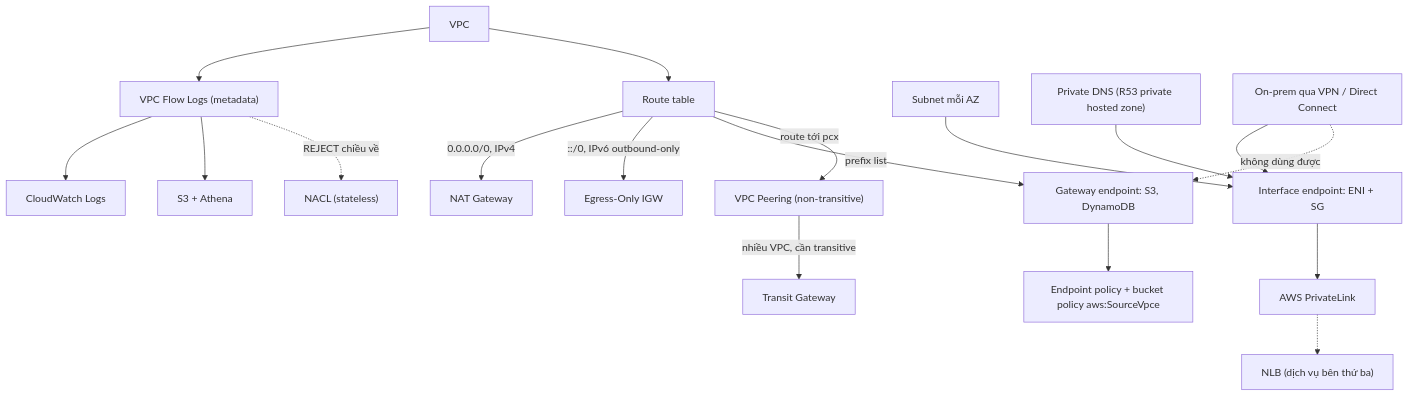
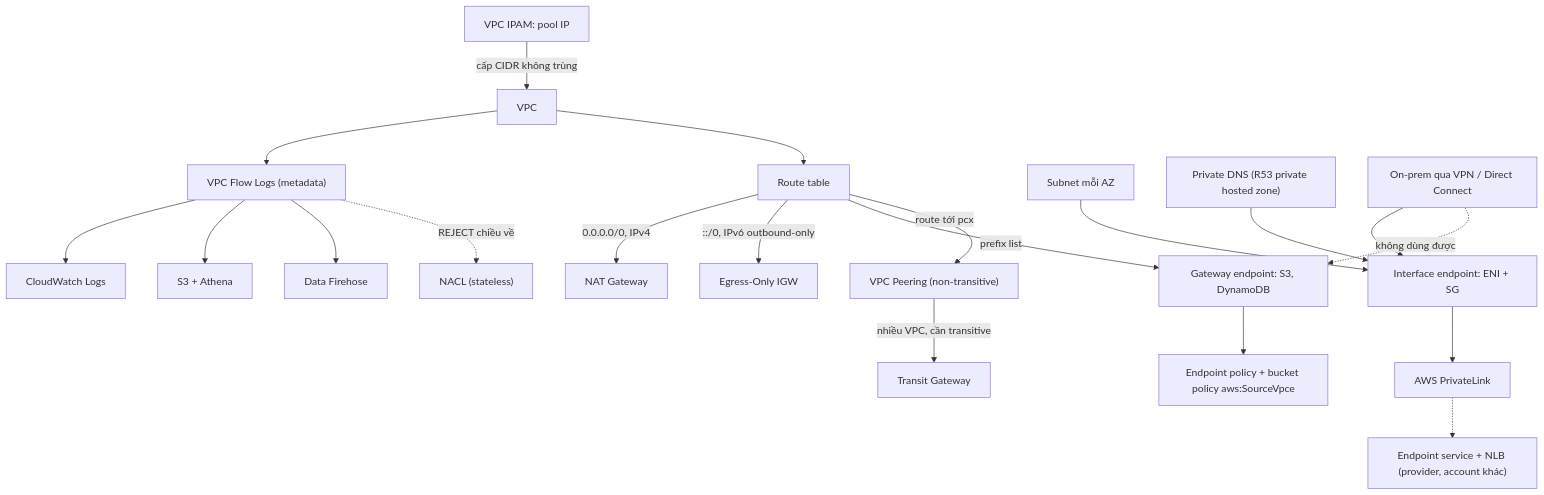
One commit to hairbui76/aws-saa-c03 changed the diagram in data/16 Advanced VPC Networking/_MOC 16 Advanced VPC Networking.md. Above: the diagram before and after it, drawn with Mermaid. The commit also changed other lines of this file and 56 other files, not shown here.

````diff
--- a/data/16 Advanced VPC Networking/_MOC 16 Advanced VPC Networking.md
+++ b/data/16 Advanced VPC Networking/_MOC 16 Advanced VPC Networking.md
@@ -20,20 +22,22 @@
 ```mermaid
 flowchart TB
   VPC["VPC"] --> FL["VPC Flow Logs (metadata)"]
   FL --> CWL["CloudWatch Logs"]
   FL --> S3A["S3 + Athena"]
+  FL --> FH["Data Firehose"]
   FL -.->|"REJECT chiều về"| NACL["NACL (stateless)"]
   VPC --> RT["Route table"]
   RT -->|"0.0.0.0/0, IPv4"| NAT["NAT Gateway"]
   RT -->|"::/0, IPv6 outbound-only"| EIGW["Egress-Only IGW"]
   RT -->|"prefix list"| GWE["Gateway endpoint: S3, DynamoDB"]
   RT -->|"route tới pcx"| PEER["VPC Peering (non-transitive)"]
   SUB["Subnet mỗi AZ"] --> IFE["Interface endpoint: ENI + SG"]
   IFE --> PL["AWS PrivateLink"]
-  PL -.-> NLB["NLB (dịch vụ bên thứ ba)"]
+  PL -.-> NLB["Endpoint service + NLB (provider, account khác)"]
   DNS["Private DNS (R53 private hosted zone)"] --> IFE
   ONP["On-prem qua VPN / Direct Connect"] --> IFE
   ONP -.->|"không dùng được"| GWE
   GWE --> POL["Endpoint policy + bucket policy aws:SourceVpce"]
   PEER -->|"nhiều VPC, cần transitive"| TGW["Transit Gateway"]
+  IPAM["VPC IPAM: pool IP"] -->|"cấp CIDR không trùng"| VPC
 ```
````
